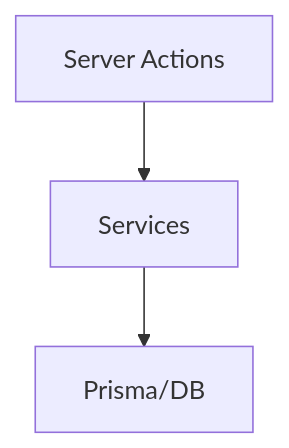
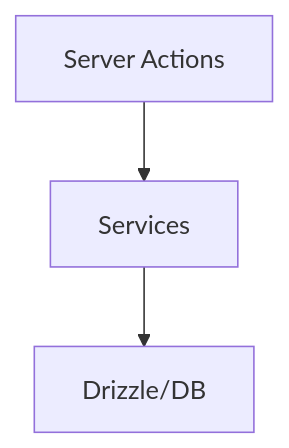
The diagram in src/services/README.md (gvastethecreator/media-manager), drawn with Mermaid before and after one commit. The commit also changed 81 other files, not shown here.

````diff
--- a/src/services/README.md
+++ b/src/services/README.md
@@ -12,5 +12,5 @@
 ```mermaid
 flowchart TD
     A[Server Actions] --> B[Services]
-    B --> C[Prisma/DB]
+    B --> C[Drizzle/DB]
 ```
````
